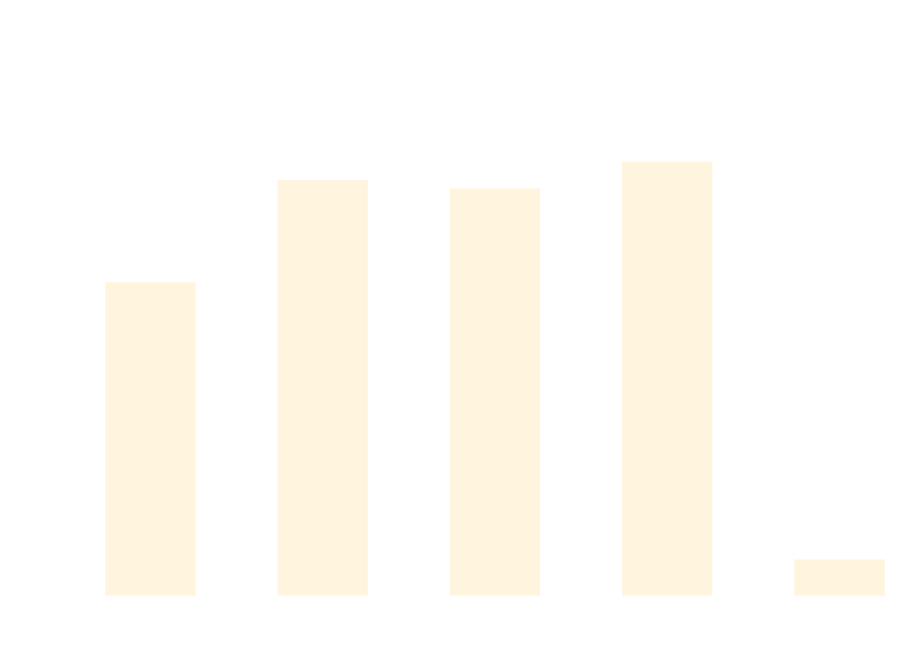
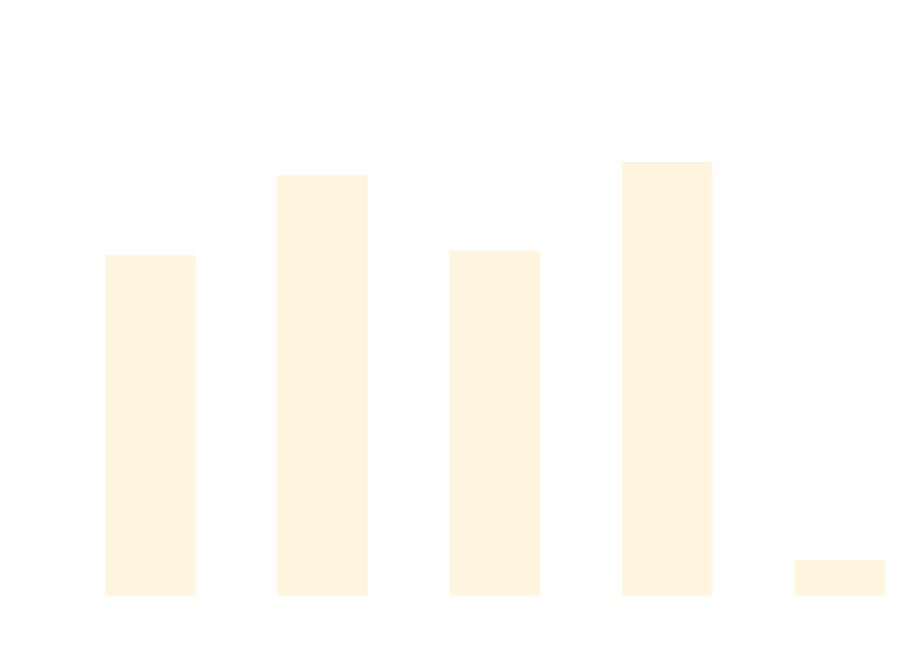
The diagram in docs/docs/benchmarks/ScaleTests.md (thomhurst/TUnit), drawn with Mermaid before and after one commit. The commit also changed other lines of this file and 17 other files, not shown here.

````diff
--- a/docs/docs/benchmarks/ScaleTests.md
+++ b/docs/docs/benchmarks/ScaleTests.md
@@ -27,37 +27,37 @@
 ```mermaid
 %%{init: {
   'theme':'base',
   'themeVariables': {
     'primaryColor': '#2563eb',
     'primaryTextColor': '#ffffff',
     'primaryBorderColor': '#1e40af',
     'lineColor': '#6b7280',
     'secondaryColor': '#7c3aed',
     'tertiaryColor': '#dc2626',
     'background': '#ffffff',
     'mainBkg': '#2563eb',
     'secondBkg': '#7c3aed',
     'tertiaryBkg': '#dc2626',
     'clusterBkg': '#f3f4f6',
     'edgeLabelBackground': '#ffffff',
     'tertiaryTextColor': '#1f2937',
     'pie1': '#2563eb',
     'pie2': '#7c3aed',
     'pie3': '#dc2626',
     'pie4': '#f59e0b',
     'pie5': '#10b981',
     'pie6': '#06b6d4',
     'pie7': '#ec4899',
     'pie8': '#6366f1',
     'pie9': '#84cc16',
     'pie10': '#f97316',
     'pie11': '#14b8a6',
     'pie12': '#a855f7'
   }
 }}%%
 xychart-beta
   title "ScaleTests Performance Comparison"
   x-axis ["TUnit", "NUnit", "MSTest", "xUnit3", "TUnit_AOT"]
-  y-axis "Time (ms)" 0 --> 765
-  bar [456.44, 609.9, 597.46, 637.48, 39.61]
+  y-axis "Time (ms)" 0 --> 741
+  bar [481.19, 598.33, 488.19, 617.42, 37.52]
 ```
````
